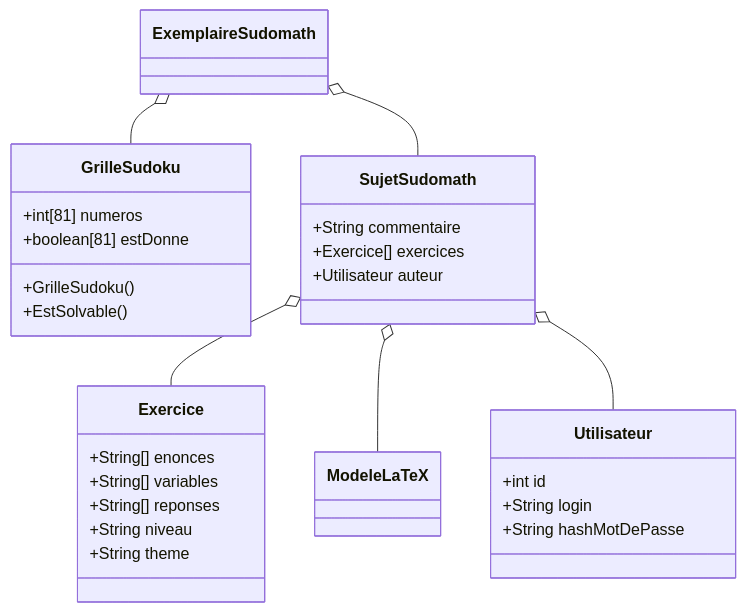
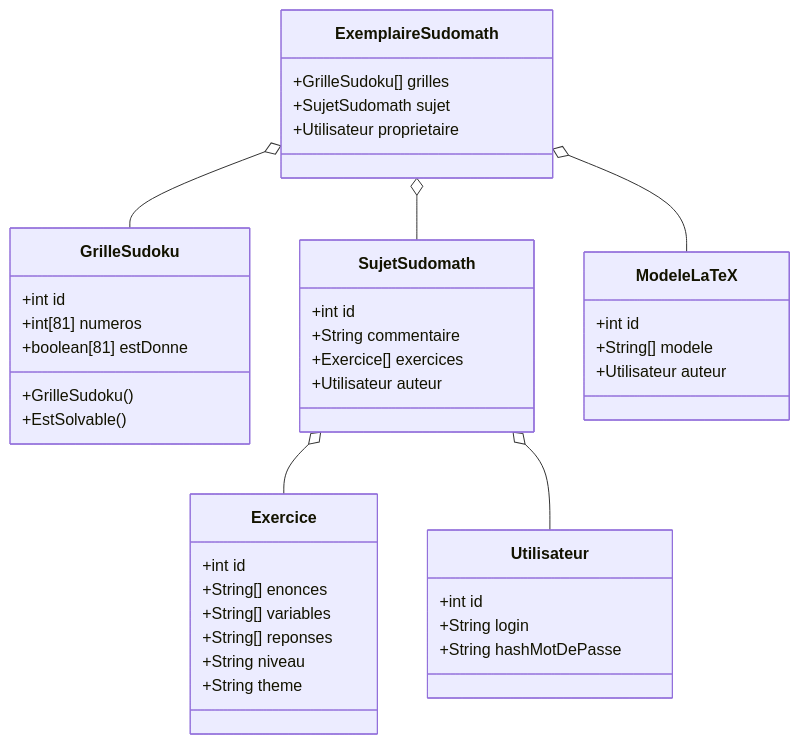
Before and after one commit to ndebarle/SudoMath: the diagram in modelisation.md, drawn with Mermaid. The commit also changed 3 other files, not shown here.

Commit message:
Creat projet Maven, update diagramme classes

````diff
--- a/modelisation.md
+++ b/modelisation.md
@@ -3,29 +3,40 @@
 ```mermaid
     classDiagram
     class GrilleSudoku
+    GrilleSudoku : +int id
     GrilleSudoku : +int[81] numeros
     GrilleSudoku : +boolean[81] estDonne
     GrilleSudoku : +GrilleSudoku()
     GrilleSudoku : +EstSolvable()
     class SujetSudomath
+    SujetSudomath : +int id
     SujetSudomath : +String commentaire
     SujetSudomath : +Exercice[] exercices
     SujetSudomath : +Utilisateur auteur
     class Exercice
+    Exercice : +int id
     Exercice : +String[] enonces
     Exercice : +String[] variables
     Exercice : +String[] reponses
     Exercice : +String niveau
     Exercice : +String theme
     SujetSudomath o-- Exercice
-    SujetSudomath o-- ModeleLaTeX
+    ExemplaireSudomath o-- ModeleLaTeX
     SujetSudomath o-- Utilisateur
     class Utilisateur
     Utilisateur : +int id
     Utilisateur : +String login
     Utilisateur : +String hashMotDePasse
     class ExemplaireSudomath
+    ExemplaireSudomath : +GrilleSudoku[] grilles
+    ExemplaireSudomath : +SujetSudomath sujet
+    ExemplaireSudomath : +Utilisateur proprietaire
     ExemplaireSudomath o-- GrilleSudoku
     ExemplaireSudomath o-- SujetSudomath
+    class ModeleLaTeX
+    ModeleLaTeX : +int id
+    ModeleLaTeX : +String[] modele
+    ModeleLaTeX : +Utilisateur auteur
+
 
 ```
````
